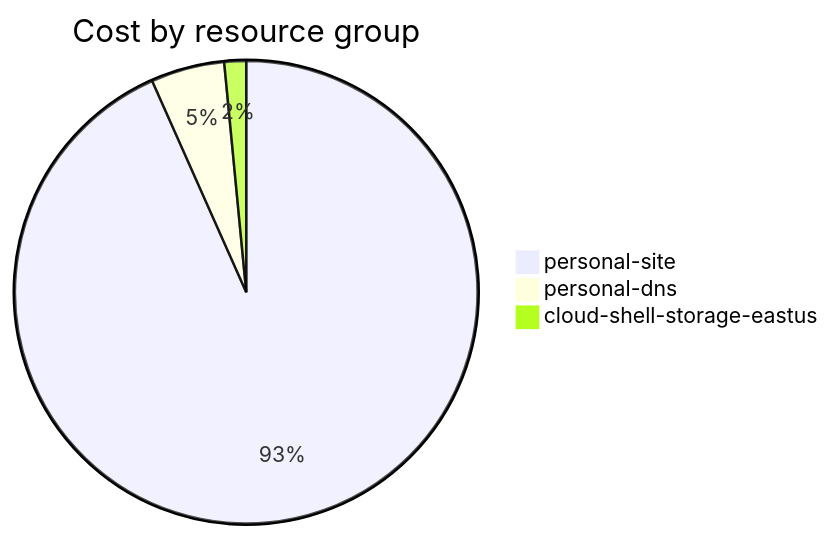
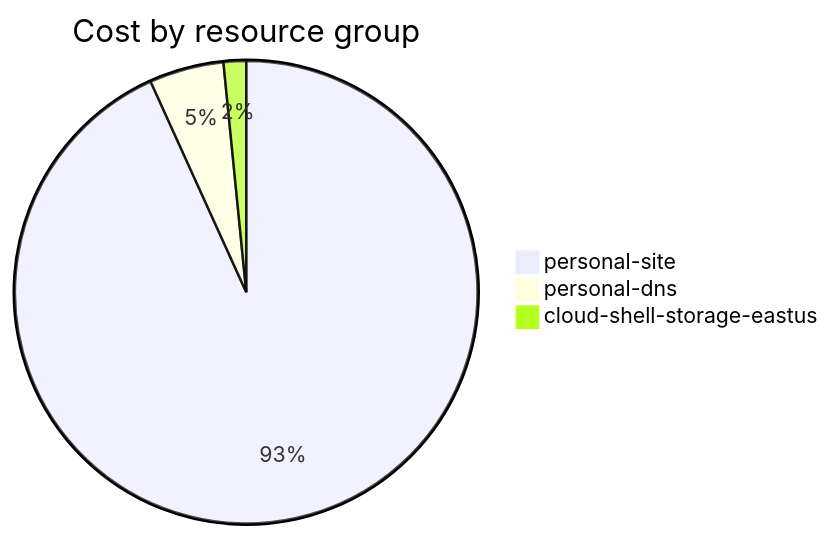
The fourth of 4 diagrams in cost-reports/accumulated-cost.md (jpfulton/azure-personal-reports), drawn with Mermaid before and after one commit. The commit also changed other lines of this file and 4 other files, not shown here.

````diff
--- a/cost-reports/accumulated-cost.md
+++ b/cost-reports/accumulated-cost.md
@@ -143,7 +143,7 @@
 ```mermaid
 pie
    title Cost by resource group
-   "personal-site" : 4.90
-   "personal-dns" : 0.27
-   "cloud-shell-storage-eastus" : 0.08
+   "personal-site" : 5.91
+   "personal-dns" : 0.33
+   "cloud-shell-storage-eastus" : 0.10
 ```
````
